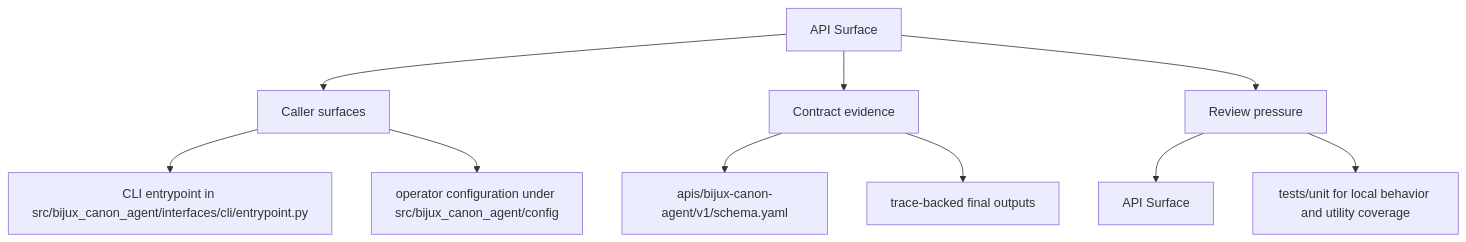
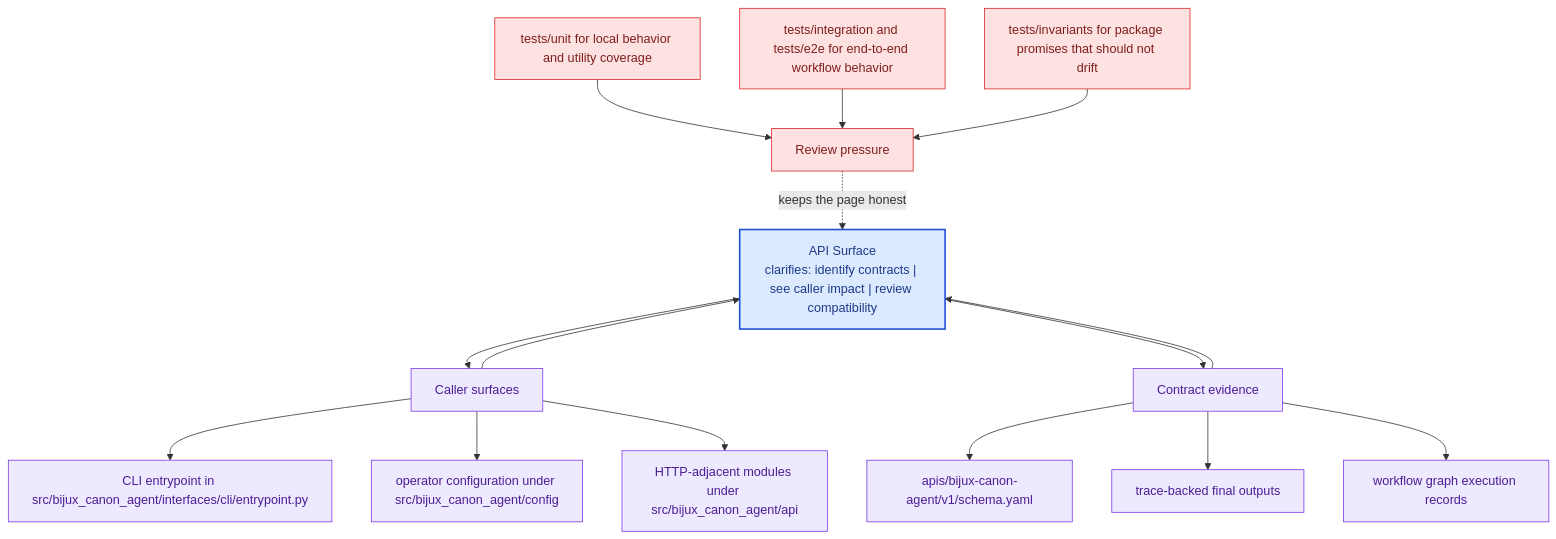
The second of 2 diagrams in docs/bijux-canon-agent/interfaces/api-surface.md (bijux/bijux-canon), drawn with Mermaid before and after one commit. The commit also changed other lines of this file and 281 other files, not shown here.

Commit message:
docs(diagrams): deepen handbook mermaid maps across the catalog

````diff
--- a/docs/bijux-canon-agent/interfaces/api-surface.md
+++ b/docs/bijux-canon-agent/interfaces/api-surface.md
@@ -35,22 +68,41 @@
 ```mermaid
-flowchart TD
-    page["API Surface"]
+flowchart TB
+    promise["API Surface<br/>clarifies: identify contracts | see caller impact | review compatibility"]
+    classDef promise fill:#dbeafe,stroke:#1d4ed8,color:#1e3a8a,stroke-width:2px;
+    classDef driver fill:#dcfce7,stroke:#16a34a,color:#14532d;
+    classDef constraint fill:#fee2e2,stroke:#dc2626,color:#7f1d1d;
+    classDef ground fill:#ede9fe,stroke:#7c3aed,color:#4c1d95;
     focus1["Caller surfaces"]
-    page --> focus1
+    focus1 --> promise
+    promise --> focus1
     focus1_1["CLI entrypoint in src/bijux_canon_agent/interfaces/cli/entrypoint.py"]
     focus1 --> focus1_1
     focus1_2["operator configuration under src/bijux_canon_agent/config"]
     focus1 --> focus1_2
+    focus1_3["HTTP-adjacent modules under src/bijux_canon_agent/api"]
+    focus1 --> focus1_3
+    class focus1 ground;
+    class focus1_1,focus1_2,focus1_3 ground;
     focus2["Contract evidence"]
-    page --> focus2
+    focus2 --> promise
+    promise --> focus2
     focus2_1["apis/bijux-canon-agent/v1/schema.yaml"]
     focus2 --> focus2_1
     focus2_2["trace-backed final outputs"]
     focus2 --> focus2_2
+    focus2_3["workflow graph execution records"]
+    focus2 --> focus2_3
+    class focus2 ground;
+    class focus2_1,focus2_2,focus2_3 ground;
     focus3["Review pressure"]
-    page --> focus3
-    focus3_1["API Surface"]
-    focus3 --> focus3_1
-    focus3_2["tests/unit for local behavior and utility coverage"]
-    focus3 --> focus3_2
+    focus3 -.keeps the page honest.-> promise
+    focus3_1["tests/unit for local behavior and utility coverage"]
+    focus3_1 --> focus3
+    focus3_2["tests/integration and tests/e2e for end-to-end workflow behavior"]
+    focus3_2 --> focus3
+    focus3_3["tests/invariants for package promises that should not drift"]
+    focus3_3 --> focus3
+    class focus3 constraint;
+    class focus3_1,focus3_2,focus3_3 constraint;
+    class promise promise;
 ```
````
